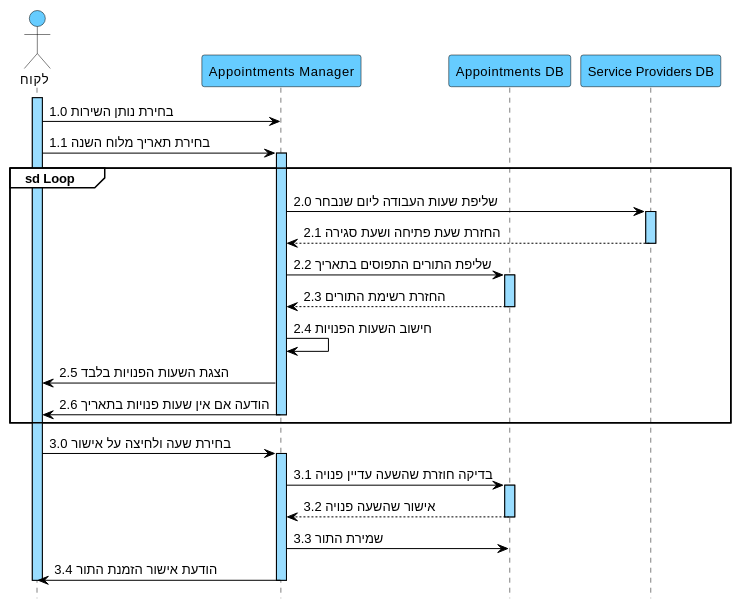
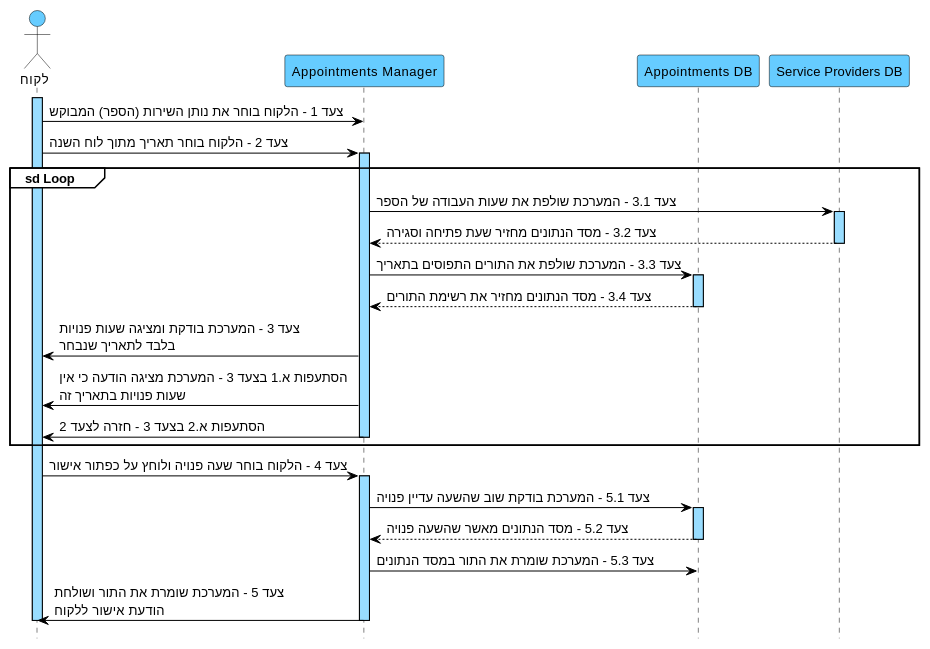
One commit to arielkaplan20/GOLDEN_HAIR_SALOAN changed the diagram in docs/diagrams/puml/03-seq-suc03-הזמנת-תור.puml. Above: the diagram before and after it, drawn with PlantUML. The commit also changed 26 other files, not shown here.

```diff
--- a/docs/diagrams/puml/03-seq-suc03-הזמנת-תור.puml
+++ b/docs/diagrams/puml/03-seq-suc03-הזמנת-תור.puml
@@ -1,57 +1,57 @@
 @startuml
 hide footbox
 skinparam backgroundColor white
 skinparam defaultFontName Arial
 skinparam defaultFontSize 13
 skinparam sequence {
 ArrowColor black
 ArrowFontColor black
 ActorBorderColor black
 ActorBackgroundColor #66CCFF
 LifeLineBorderColor black
 LifeLineBackgroundColor #99DDFF
 ParticipantBorderColor black
 ParticipantBackgroundColor #66CCFF
 ParticipantFontColor black
 ParticipantFontSize 13
 GroupBorderColor black
 GroupBackgroundColor white
 GroupHeaderFontColor black
 }
 
 actor "לקוח" as C
 participant "Appointments Manager" as AM
 participant "Appointments DB" as ADB
 participant "Service Providers DB" as SDB
 
 activate C
-C -> AM : 1.0 בחירת נותן השירות
-C -> AM : 1.1 בחירת תאריך מלוח השנה
+C -> AM : צעד 1 - הלקוח בוחר את נותן השירות (הספר) המבוקש
+C -> AM : צעד 2 - הלקוח בוחר תאריך מתוך לוח השנה
 
 group sd Loop
 activate AM
-AM -> SDB : 2.0 שליפת שעות העבודה ליום שנבחר
+AM -> SDB : צעד 3.1 - המערכת שולפת את שעות העבודה של הספר
 activate SDB
-SDB --> AM : 2.1 החזרת שעת פתיחה ושעת סגירה
+SDB --> AM : צעד 3.2 - מסד הנתונים מחזיר שעת פתיחה וסגירה
 deactivate SDB
-AM -> ADB : 2.2 שליפת התורים התפוסים בתאריך
+AM -> ADB : צעד 3.3 - המערכת שולפת את התורים התפוסים בתאריך
 activate ADB
-ADB --> AM : 2.3 החזרת רשימת התורים
+ADB --> AM : צעד 3.4 - מסד הנתונים מחזיר את רשימת התורים
 deactivate ADB
-AM -> AM : 2.4 חישוב השעות הפנויות
-AM -> C : 2.5 הצגת השעות הפנויות בלבד
-AM -> C : 2.6 הודעה אם אין שעות פנויות בתאריך
+AM -> C : צעד 3 - המערכת בודקת ומציגה שעות פנויות\nבלבד לתאריך שנבחר
+AM -> C : הסתעפות א.1 בצעד 3 - המערכת מציגה הודעה כי אין\nשעות פנויות בתאריך זה
+AM -> C : הסתעפות א.2 בצעד 3 - חזרה לצעד 2
 deactivate AM
 end
 
-C -> AM : 3.0 בחירת שעה ולחיצה על אישור
+C -> AM : צעד 4 - הלקוח בוחר שעה פנויה ולוחץ על כפתור אישור
 activate AM
-AM -> ADB : 3.1 בדיקה חוזרת שהשעה עדיין פנויה
+AM -> ADB : צעד 5.1 - המערכת בודקת שוב שהשעה עדיין פנויה
 activate ADB
-ADB --> AM : 3.2 אישור שהשעה פנויה
+ADB --> AM : צעד 5.2 - מסד הנתונים מאשר שהשעה פנויה
 deactivate ADB
-AM -> ADB : 3.3 שמירת התור
-AM -> C : 3.4 הודעת אישור הזמנת התור
+AM -> ADB : צעד 5.3 - המערכת שומרת את התור במסד הנתונים
+AM -> C : צעד 5 - המערכת שומרת את התור ושולחת\nהודעת אישור ללקוח
 deactivate AM
 deactivate C
 @enduml
```
